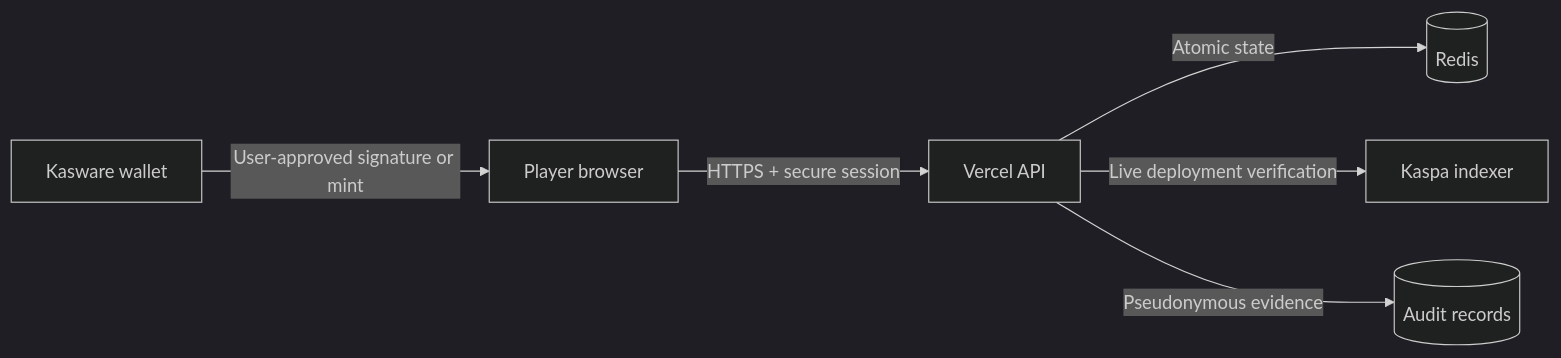
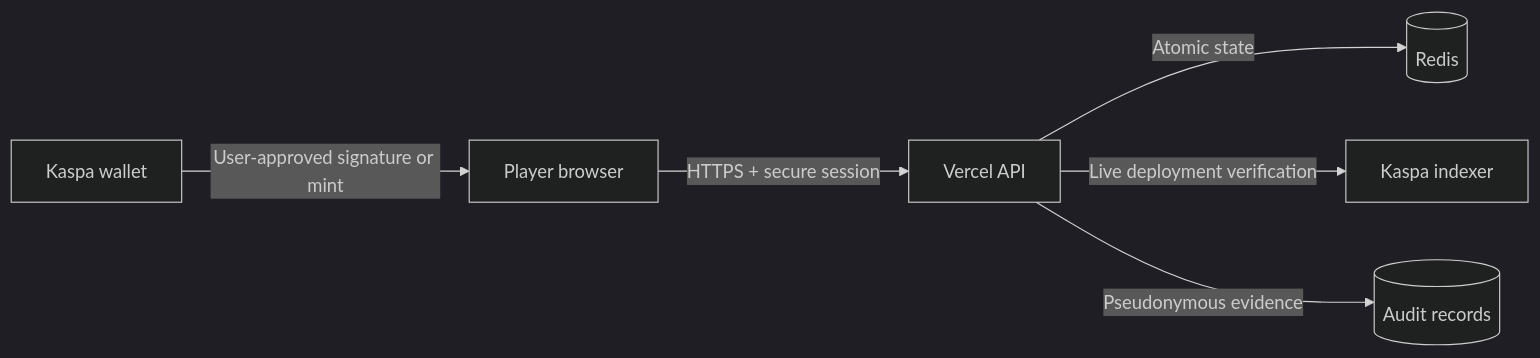
The diagram in README.md (GEEKProtocol0110/geek-protocol-hq), drawn with Mermaid (dark theme) before and after one commit. The commit also changed other lines of this file and 18 other files, not shown here.

Commit message:
Support wallet-independent Kaspa sign-in with one-time message proofs

````diff
--- a/README.md
+++ b/README.md
@@ -73,8 +73,8 @@
 ```mermaid
 flowchart LR
     P[Player browser] -->|HTTPS + secure session| A[Vercel API]
-    W[Kasware wallet] -->|User-approved signature or mint| P
+    W[Kaspa wallet] -->|User-approved signature or mint| P
     A -->|Atomic state| R[(Redis)]
     A -->|Live deployment verification| K[Kaspa indexer]
     A -->|Pseudonymous evidence| E[(Audit records)]
 ```
````
